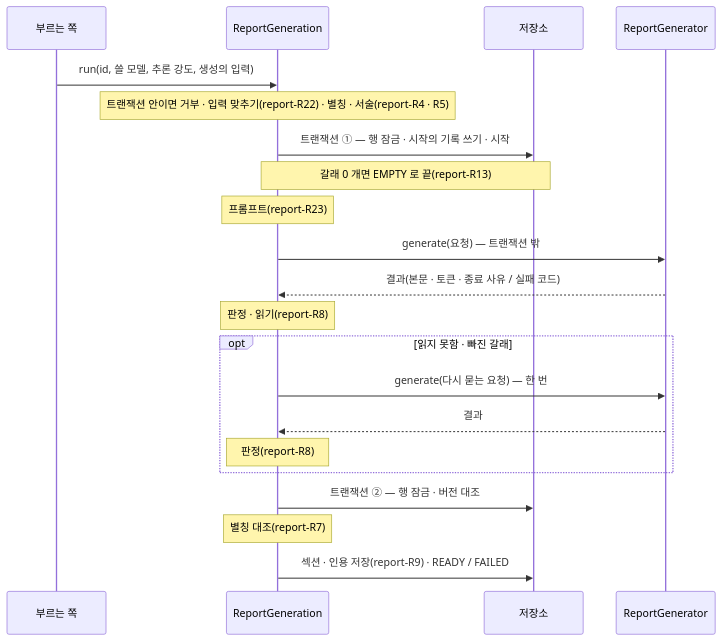
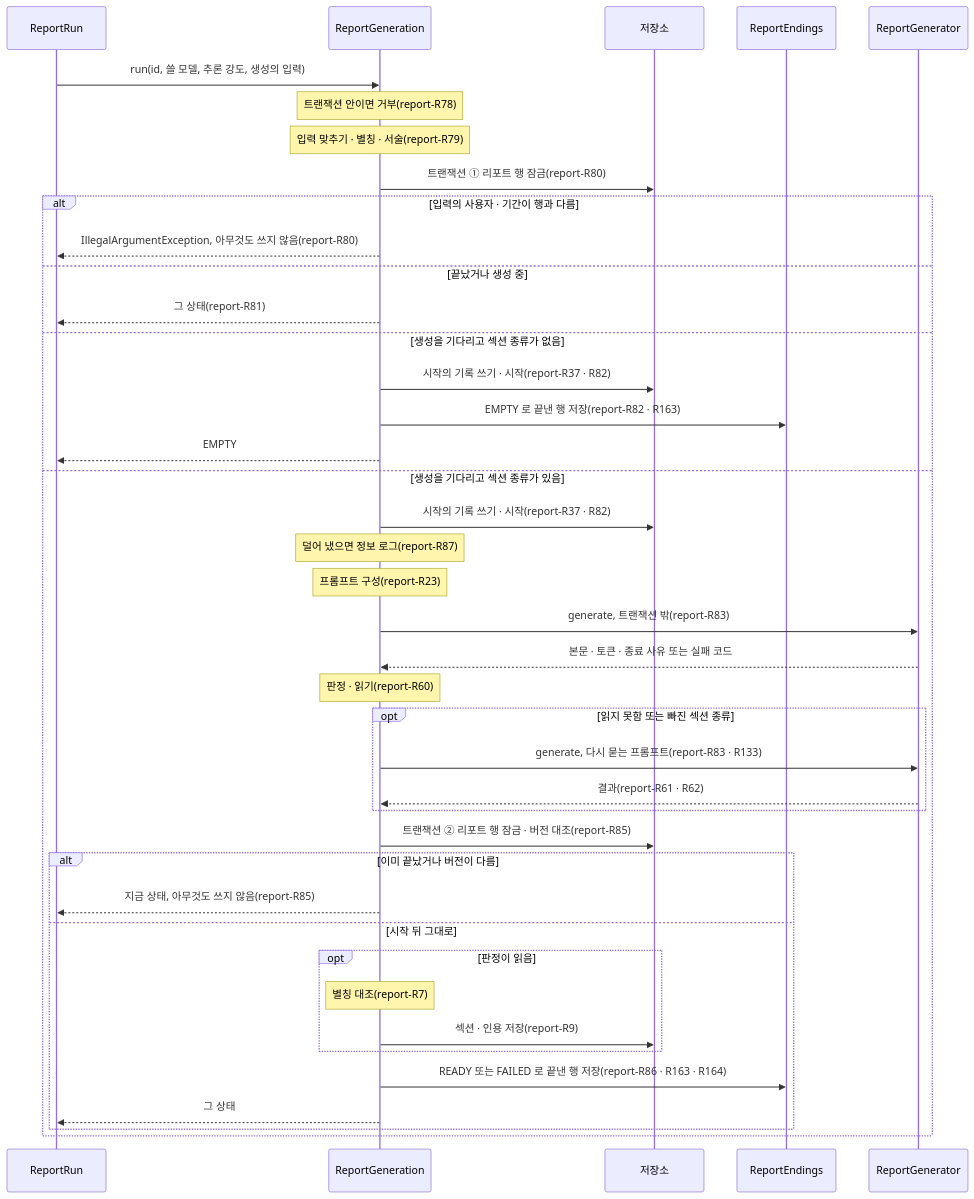
One commit to Theia0382/yozm-news changed the first of 6 diagrams in docs/specs/report.md. Above: the diagram before and after it, drawn with Mermaid. The commit also changed other lines of this file and 1 other file, not shown here.

First line of the commit message:
docs: report Spec 다시 쓰기 — 규칙 쪼개기 · 시퀀스 그림 · 섹션 종류

````diff
--- a/docs/specs/report.md
+++ b/docs/specs/report.md
@@ -248,23 +266,43 @@
 ```mermaid
 sequenceDiagram
-    participant U as 부르는 쪽
+    participant R as ReportRun
     participant G as ReportGeneration
     participant DB as 저장소
+    participant E as ReportEndings
     participant X as ReportGenerator
-    U->>G: run(id, 쓸 모델, 추론 강도, 생성의 입력)
-    Note over G: 트랜잭션 안이면 거부 · 입력 맞추기(report-R22) · 별칭 · 서술(report-R4 · R5)
-    G->>DB: 트랜잭션 ① — 행 잠금 · 시작의 기록 쓰기 · 시작
-    Note over G,DB: 갈래 0 개면 EMPTY 로 끝(report-R13)
-    Note over G: 프롬프트(report-R23)
-    G->>X: generate(요청) — 트랜잭션 밖
-    X-->>G: 결과(본문 · 토큰 · 종료 사유 / 실패 코드)
-    Note over G: 판정 · 읽기(report-R8)
-    opt 읽지 못함 · 빠진 갈래
-        G->>X: generate(다시 묻는 요청) — 한 번
-        X-->>G: 결과
-        Note over G: 판정(report-R8)
+    R->>G: run(id, 쓸 모델, 추론 강도, 생성의 입력)
+    Note over G: 트랜잭션 안이면 거부(report-R78)
+    Note over G: 입력 맞추기 · 별칭 · 서술(report-R79)
+    G->>DB: 트랜잭션 ① 리포트 행 잠금(report-R80)
+    alt 입력의 사용자 · 기간이 행과 다름
+        G-->>R: IllegalArgumentException, 아무것도 쓰지 않음(report-R80)
+    else 끝났거나 생성 중
+        G-->>R: 그 상태(report-R81)
+    else 생성을 기다리고 섹션 종류가 없음
+        G->>DB: 시작의 기록 쓰기 · 시작(report-R37 · R82)
+        G->>E: EMPTY 로 끝낸 행 저장(report-R82 · R163)
+        G-->>R: EMPTY
+    else 생성을 기다리고 섹션 종류가 있음
+        G->>DB: 시작의 기록 쓰기 · 시작(report-R37 · R82)
+        Note over G: 덜어 냈으면 정보 로그(report-R87)
+        Note over G: 프롬프트 구성(report-R23)
+        G->>X: generate, 트랜잭션 밖(report-R83)
+        X-->>G: 본문 · 토큰 · 종료 사유 또는 실패 코드
+        Note over G: 판정 · 읽기(report-R60)
+        opt 읽지 못함 또는 빠진 섹션 종류
+            G->>X: generate, 다시 묻는 프롬프트(report-R83 · R133)
+            X-->>G: 결과(report-R61 · R62)
+        end
+        G->>DB: 트랜잭션 ② 리포트 행 잠금 · 버전 대조(report-R85)
+        alt 이미 끝났거나 버전이 다름
+            G-->>R: 지금 상태, 아무것도 쓰지 않음(report-R85)
+        else 시작 뒤 그대로
+            opt 판정이 읽음
+                Note over G: 별칭 대조(report-R7)
+                G->>DB: 섹션 · 인용 저장(report-R9)
+            end
+            G->>E: READY 또는 FAILED 로 끝낸 행 저장(report-R86 · R163 · R164)
+            G-->>R: 그 상태
+        end
     end
-    G->>DB: 트랜잭션 ② — 행 잠금 · 버전 대조
-    Note over G: 별칭 대조(report-R7)
-    G->>DB: 섹션 · 인용 저장(report-R9) · READY / FAILED
 ```
````
